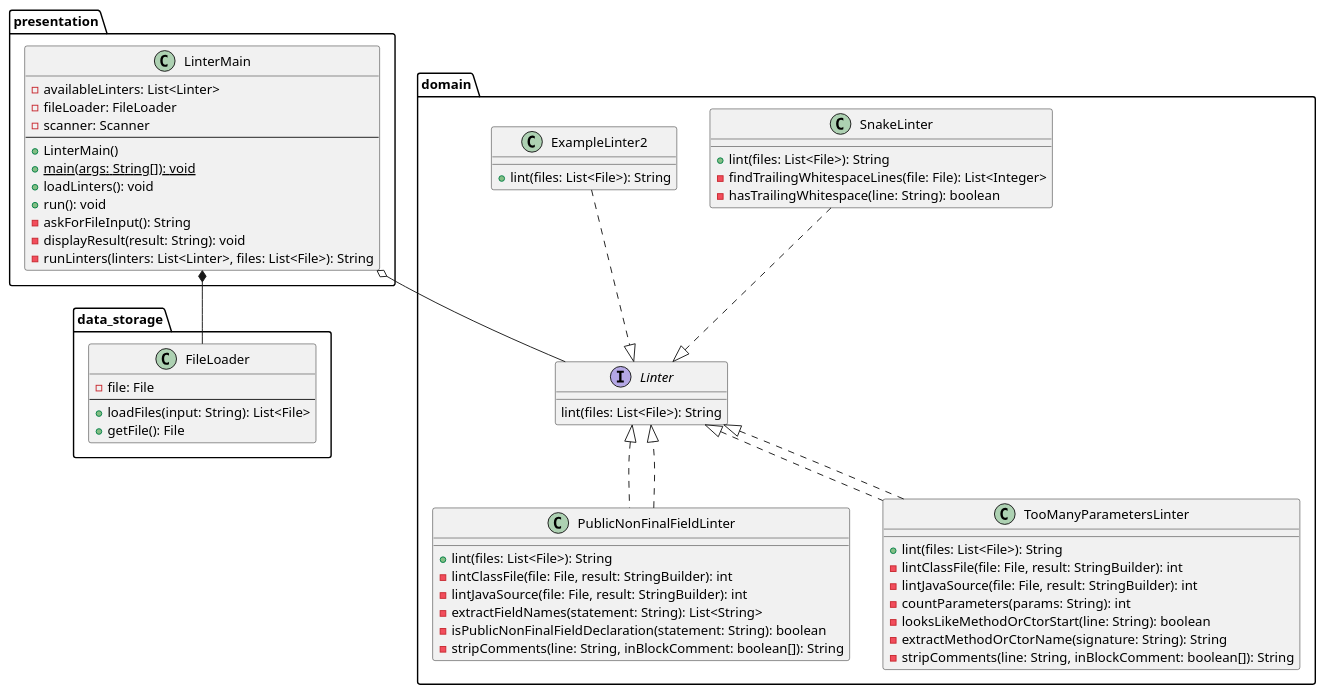
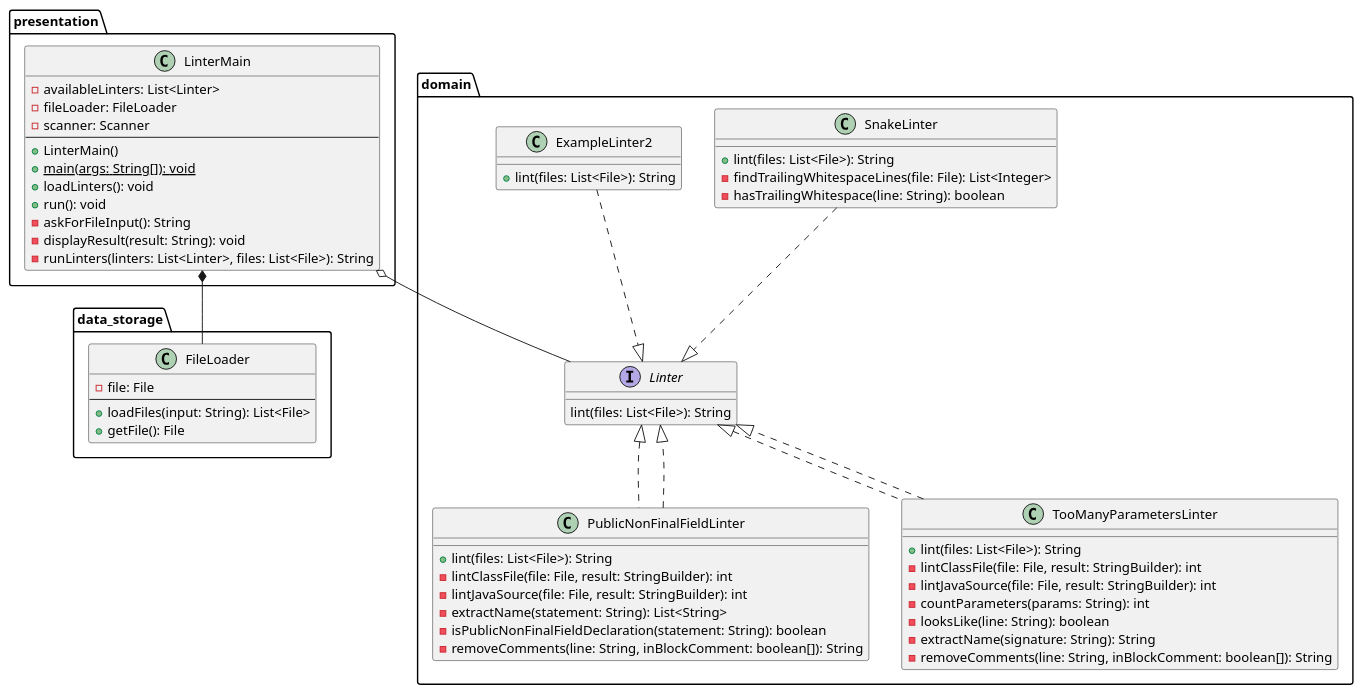
One commit to rhit-medleymc/CSSE374-Linter-Project changed the diagram in current.puml. Above: the diagram before and after it, drawn with PlantUML. The commit also changed 2 other files, not shown here.

```diff
--- a/current.puml
+++ b/current.puml
@@ -6,68 +6,68 @@
 @startuml
 package data_storage{
   class FileLoader {
     -file: File
     --
     +loadFiles(input: String): List<File>
     +getFile(): File
   }
 }
 
 package domain{
   class SnakeLinter {
     +lint(files: List<File>): String
     -findTrailingWhitespaceLines(file: File): List<Integer>
     -hasTrailingWhitespace(line: String): boolean
   }
 
   class PublicNonFinalFieldLinter implements Linter{
     +lint(files: List<File>): String
     -lintClassFile(file: File, result: StringBuilder): int
     -lintJavaSource(file: File, result: StringBuilder): int
-    -extractFieldNames(statement: String): List<String>
+    -extractName(statement: String): List<String>
     -isPublicNonFinalFieldDeclaration(statement: String): boolean
-    -stripComments(line: String, inBlockComment: boolean[]): String
+    -removeComments(line: String, inBlockComment: boolean[]): String
   }
 
   class ExampleLinter2 {
     +lint(files: List<File>): String
   }
 
   class TooManyParametersLinter implements Linter{
     +lint(files: List<File>): String
     -lintClassFile(file: File, result: StringBuilder): int
     -lintJavaSource(file: File, result: StringBuilder): int
     -countParameters(params: String): int
-    -looksLikeMethodOrCtorStart(line: String): boolean
-    -extractMethodOrCtorName(signature: String): String
-    -stripComments(line: String, inBlockComment: boolean[]): String
+    -looksLike(line: String): boolean
+    -extractName(signature: String): String
+    -removeComments(line: String, inBlockComment: boolean[]): String
   }
 
   interface Linter {
     lint(files: List<File>): String
   }
 }
 
 package presentation{
   class LinterMain {
     -availableLinters: List<Linter>
     -fileLoader: FileLoader
     -scanner: Scanner
     --
     +LinterMain()
     +{static} main(args: String[]): void
     +loadLinters(): void
     +run(): void
     -askForFileInput(): String
     -displayResult(result: String): void
     -runLinters(linters: List<Linter>, files: List<File>): String
   }
 }
 
 SnakeLinter ..|> Linter
 ExampleLinter2 ..|> Linter
 TooManyParametersLinter ..|> Linter
 LinterMain o-- Linter
 LinterMain *-- FileLoader
 PublicNonFinalFieldLinter ..|> Linter
 @enduml
```
